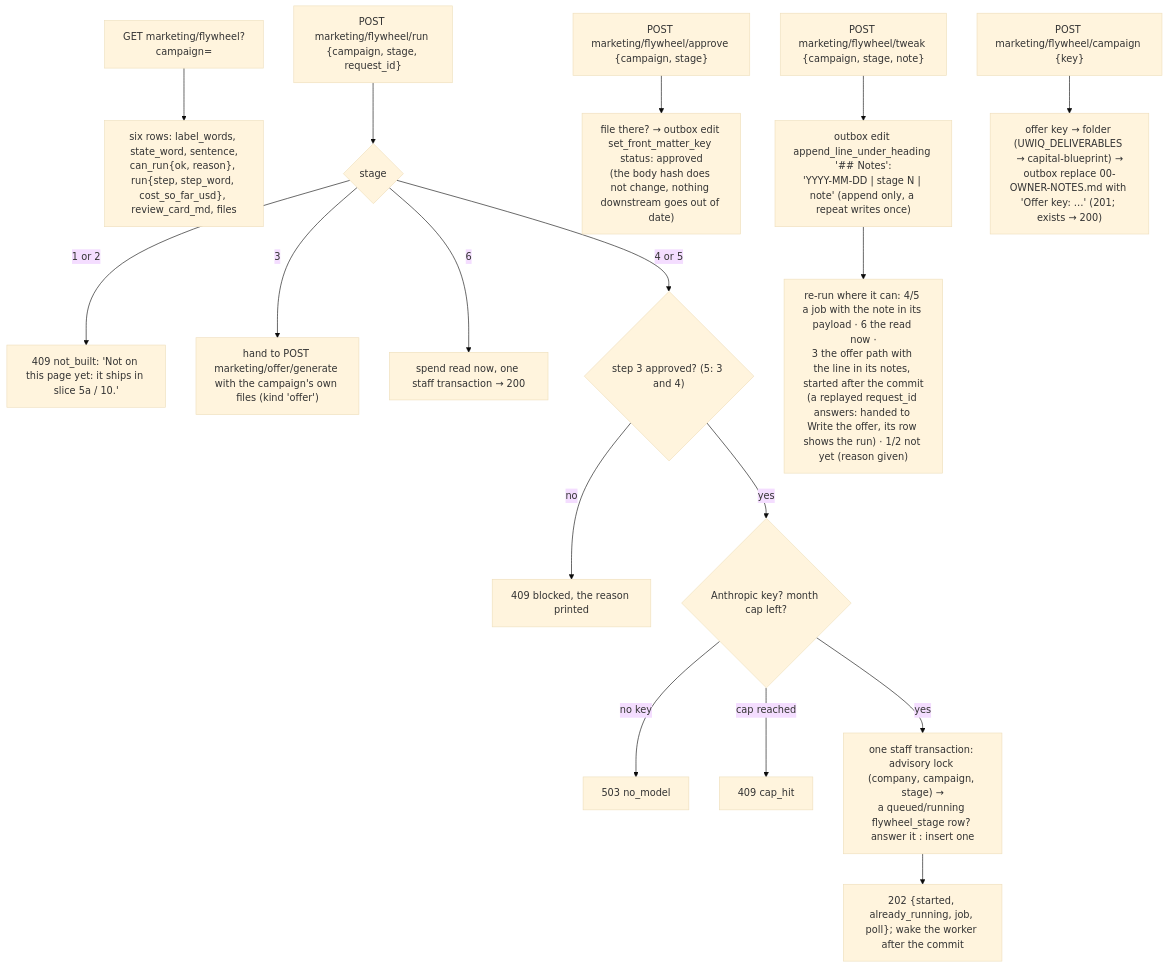
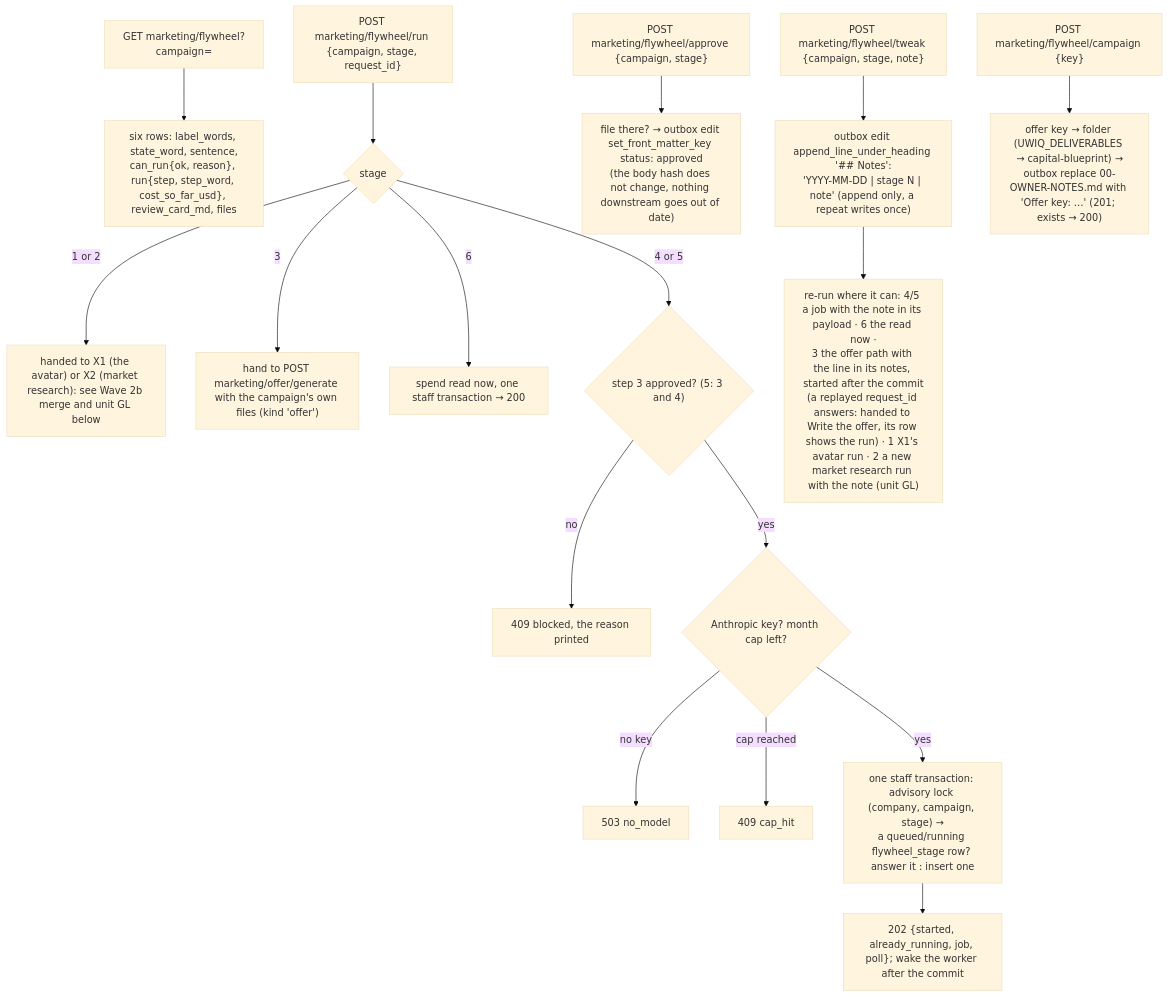
One commit to ZootimusMaximusSupreme/fundhub-platform changed diagram 32 of 47 in docs/journeys/marketing-dashboard-flow.md. Above: the diagram before and after it, drawn with Mermaid (base theme). The commit also changed other lines of this file and 34 other files, not shown here.

````diff
--- a/docs/journeys/marketing-dashboard-flow.md
+++ b/docs/journeys/marketing-dashboard-flow.md
@@ -1174,19 +1174,19 @@
 ```mermaid
 flowchart TD
   G["GET marketing/flywheel?campaign="] --> V["six rows: label_words, state_word, sentence,<br/>can_run{ok, reason}, run{step, step_word, cost_so_far_usd}, review_card_md, files"]
   RUN["POST marketing/flywheel/run {campaign, stage, request_id}"] --> W{stage}
-  W -->|1 or 2| NB["409 not_built: 'Not on this page yet: it ships in slice 5a / 10.'"]
+  W -->|1 or 2| NB["handed to X1 (the avatar) or X2 (market research): see Wave 2b merge and unit GL below"]
   W -->|3| OF["hand to POST marketing/offer/generate with the campaign's own files (kind 'offer')"]
   W -->|6| SR["spend read now, one staff transaction → 200"]
   W -->|4 or 5| GATE{"step 3 approved? (5: 3 and 4)"}
   GATE -->|no| BL["409 blocked, the reason printed"]
   GATE -->|yes| KEY{"Anthropic key? month cap left?"}
   KEY -->|no key| NM["503 no_model"]
   KEY -->|cap reached| CH["409 cap_hit"]
   KEY -->|yes| J["one staff transaction: advisory lock (company, campaign, stage) →<br/>a queued/running flywheel_stage row? answer it : insert one"]
   J --> A202["202 {started, already_running, job, poll}; wake the worker after the commit"]
   AP["POST marketing/flywheel/approve {campaign, stage}"] --> AE["file there? → outbox edit set_front_matter_key status: approved<br/>(the body hash does not change, nothing downstream goes out of date)"]
   TW["POST marketing/flywheel/tweak {campaign, stage, note}"] --> TN["outbox edit append_line_under_heading '## Notes':<br/>'YYYY-MM-DD | stage N | note' (append only, a repeat writes once)"]
-  TN --> TR["re-run where it can: 4/5 a job with the note in its payload · 6 the read now ·<br/>3 the offer path with the line in its notes, started after the commit<br/>(a replayed request_id answers: handed to Write the offer, its row shows the run) · 1/2 not yet (reason given)"]
+  TN --> TR["re-run where it can: 4/5 a job with the note in its payload · 6 the read now ·<br/>3 the offer path with the line in its notes, started after the commit<br/>(a replayed request_id answers: handed to Write the offer, its row shows the run) · 1 X1's avatar run · 2 a new market research run with the note (unit GL)"]
   CA["POST marketing/flywheel/campaign {key}"] --> CN["offer key → folder (UWIQ_DELIVERABLES → capital-blueprint) →<br/>outbox replace 00-OWNER-NOTES.md with 'Offer key: …' (201; exists → 200)"]
 ```
````
